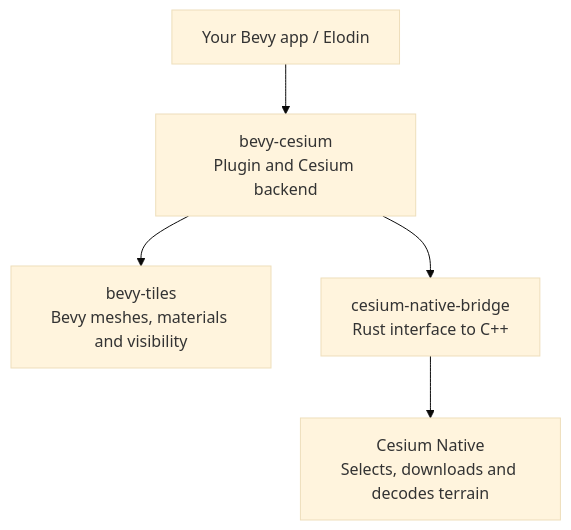
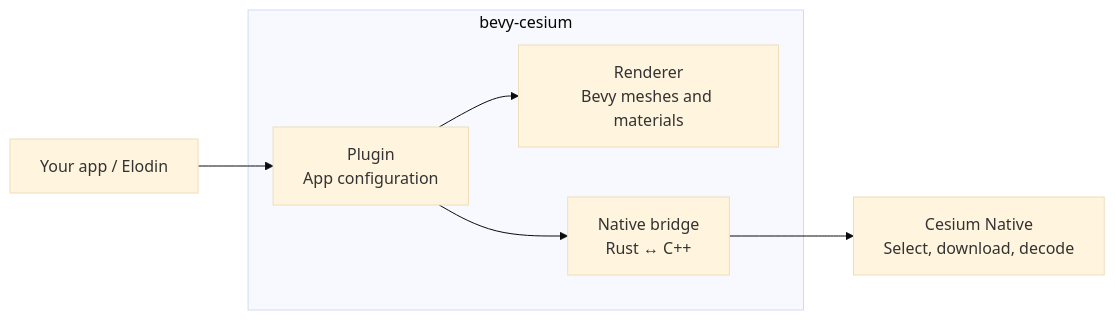
Before and after one commit to elodin-sys/bevy-cesium: the diagram in README.md, drawn with Mermaid (base theme). The commit also changed other lines of this file and 38 other files, not shown here.

Commit message:
Consolidate Bevy-Cesium into one crate with unified API docs

````diff
--- a/README.md
+++ b/README.md
@@ -15,7 +16,9 @@
 ```mermaid
-flowchart TD
-    app["Your Bevy app / Elodin"] --> plugin["bevy-cesium<br/>Plugin and Cesium backend"]
-    plugin --> renderer["bevy-tiles<br/>Bevy meshes, materials and visibility"]
-    plugin --> bridge["cesium-native-bridge<br/>Rust interface to C++"]
-    bridge --> native["Cesium Native<br/>Selects, downloads and decodes terrain"]
+flowchart LR
+    app["Your app / Elodin"] --> plugin
+    subgraph crate["bevy-cesium"]
+      plugin["Plugin<br/>App configuration"] --> renderer["Renderer<br/>Bevy meshes and materials"]
+      plugin --> bridge["Native bridge<br/>Rust ↔ C++"]
+    end
+    bridge --> native["Cesium Native<br/>Select, download, decode"]
 ```
````
